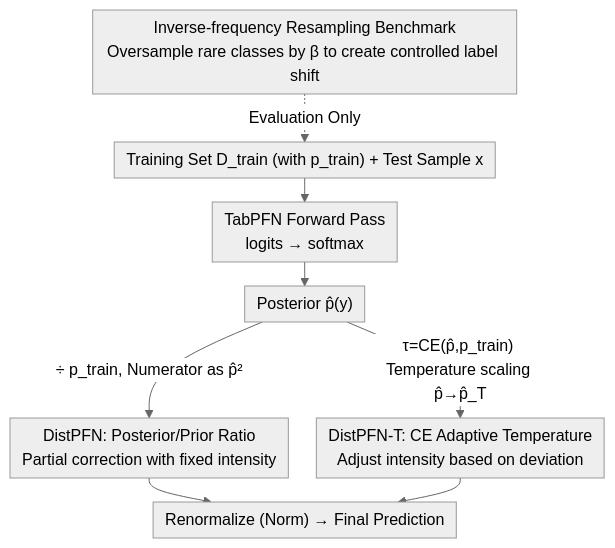
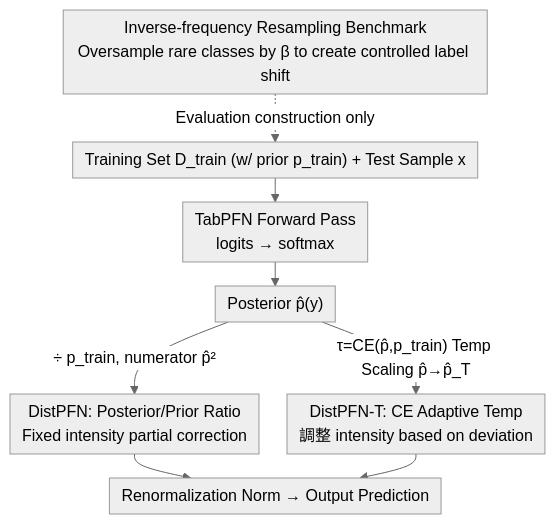
The diagram in docs/ICML2026/self_supervised/mitigating_label_shift_in_tabular_in-context_learning_via_test-time_posterior_ad.md (zhaoyang97/Paper-Notes-en), drawn with Mermaid (neutral theme) before and after one commit. The commit also changed other lines of this file and 5084 other files, not shown here.

````diff
--- a/docs/ICML2026/self_supervised/mitigating_label_shift_in_tabular_in-context_learning_via_test-time_posterior_ad.md
+++ b/docs/ICML2026/self_supervised/mitigating_label_shift_in_tabular_in-context_learning_via_test-time_posterior_ad.md
@@ -43,11 +43,11 @@
 ```mermaid
 %%{init: {'flowchart': {'rankSpacing': 24, 'nodeSpacing': 28, 'padding': 6, 'wrappingWidth': 400}}}%%
 flowchart TD
-    BM["Inverse-frequency Resampling Benchmark<br/>Oversample rare classes by β to create controlled label shift"] -.Evaluation Only.-> TR
-    TR["Training Set D_train (with p_train) + Test Sample x"] --> TPF["TabPFN Forward Pass<br/>logits → softmax"]
+    BM["Inverse-frequency Resampling Benchmark<br/>Oversample rare classes by β to create controlled label shift"] -.Evaluation construction only.-> TR
+    TR["Training Set D_train (w/ prior p_train) + Test Sample x"] --> TPF["TabPFN Forward Pass<br/>logits → softmax"]
     TPF --> POST["Posterior p̂(y)"]
-    POST -->|"÷ p_train, Numerator as p̂²"| DP["DistPFN: Posterior/Prior Ratio<br/>Partial correction with fixed intensity"]
-    POST -->|"τ=CE(p̂,p_train) Temperature scaling p̂→p̂_T"| DPT["DistPFN-T: CE Adaptive Temperature<br/>Adjust intensity based on deviation"]
-    DP --> OUT["Renormalize (Norm) → Final Prediction"]
-    DPT --> OUT["Renormalize (Norm) → Final Prediction"]
+    POST -->|"÷ p_train, numerator p̂²"| DP["DistPFN: Posterior/Prior Ratio<br/>Fixed intensity partial correction"]
+    POST -->|"τ=CE(p̂,p_train) Temp Scaling p̂→p̂_T"| DPT["DistPFN-T: CE Adaptive Temp<br/>調整 intensity based on deviation"]
+    DP --> OUT["Renormalization Norm → Output Prediction"]
+    DPT --> OUT["Renormalization Norm → Output Prediction"]
 ```
````
